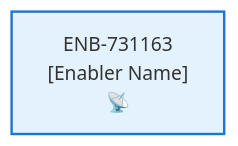
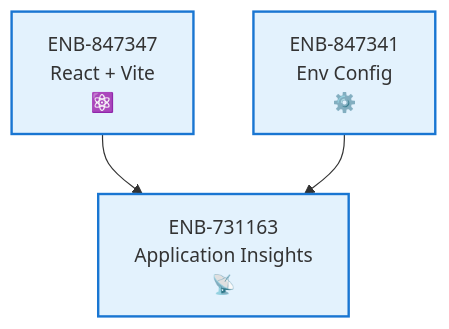
The first of 6 diagrams in specifications/website/731163-enabler.md (gardner711/lease-sentry), drawn with Mermaid before and after one commit. The commit also changed other lines of this file and 54 other files, not shown here.

````diff
--- a/specifications/website/731163-enabler.md
+++ b/specifications/website/731163-enabler.md
@@ -62,9 +73,12 @@
 ```mermaid
 flowchart TD
-    ENB_XXXXXX["ENB-731163<br/>[Enabler Name]<br/>📡"]
-
-    %% Add your dependency flows here
-
+    ENB_731163["ENB-731163<br/>Application Insights<br/>📡"]
+    ENB_847347["ENB-847347<br/>React + Vite<br/>⚛️"]
+    ENB_847341["ENB-847341<br/>Env Config<br/>⚙️"]
+    
+    ENB_847347 --> ENB_731163
+    ENB_847341 --> ENB_731163
+    
     classDef enabler fill:#e3f2fd,stroke:#1976d2,stroke-width:2px
-    class ENB_XXXXXX enabler
+    class ENB_731163,ENB_847347,ENB_847341 enabler
 ```
````
